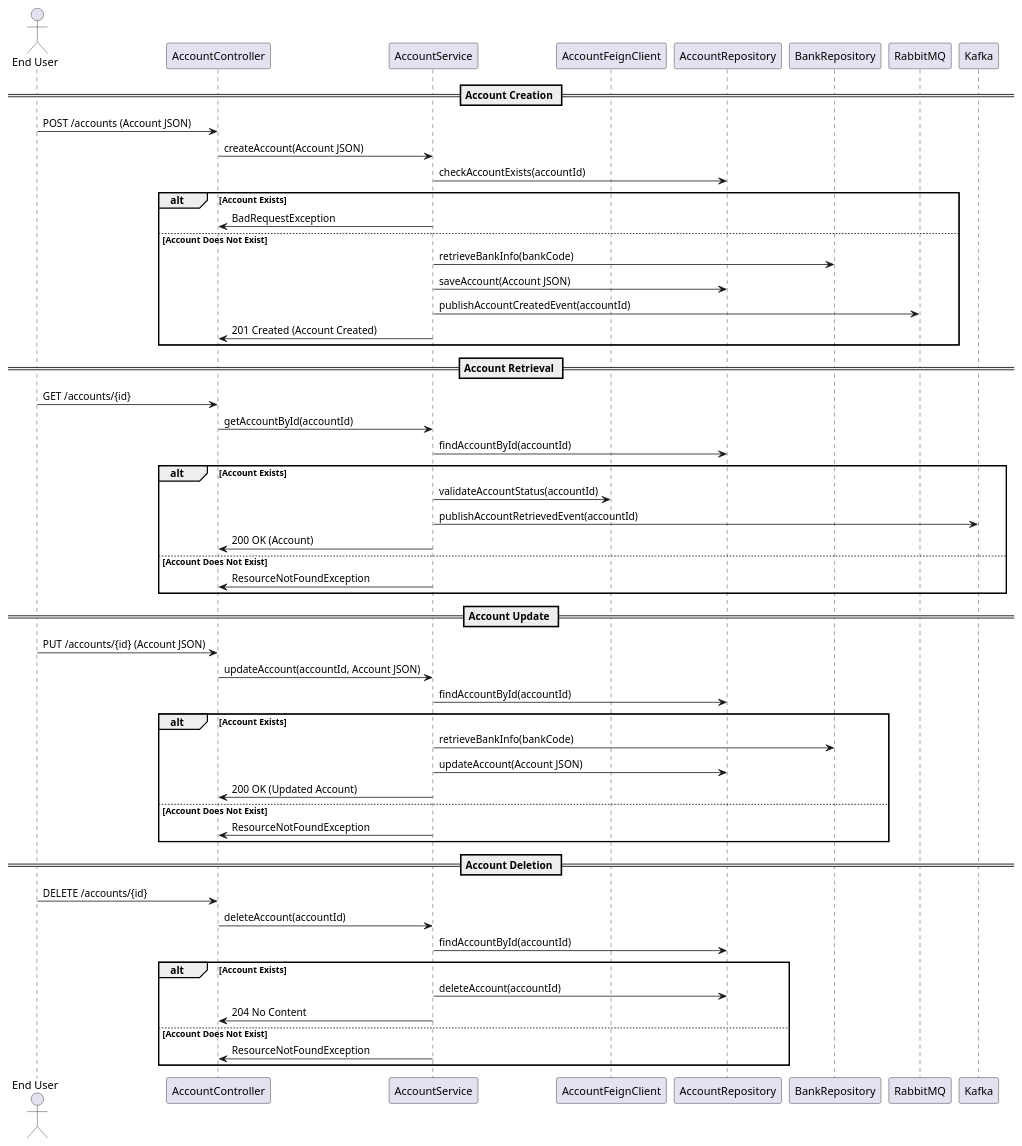
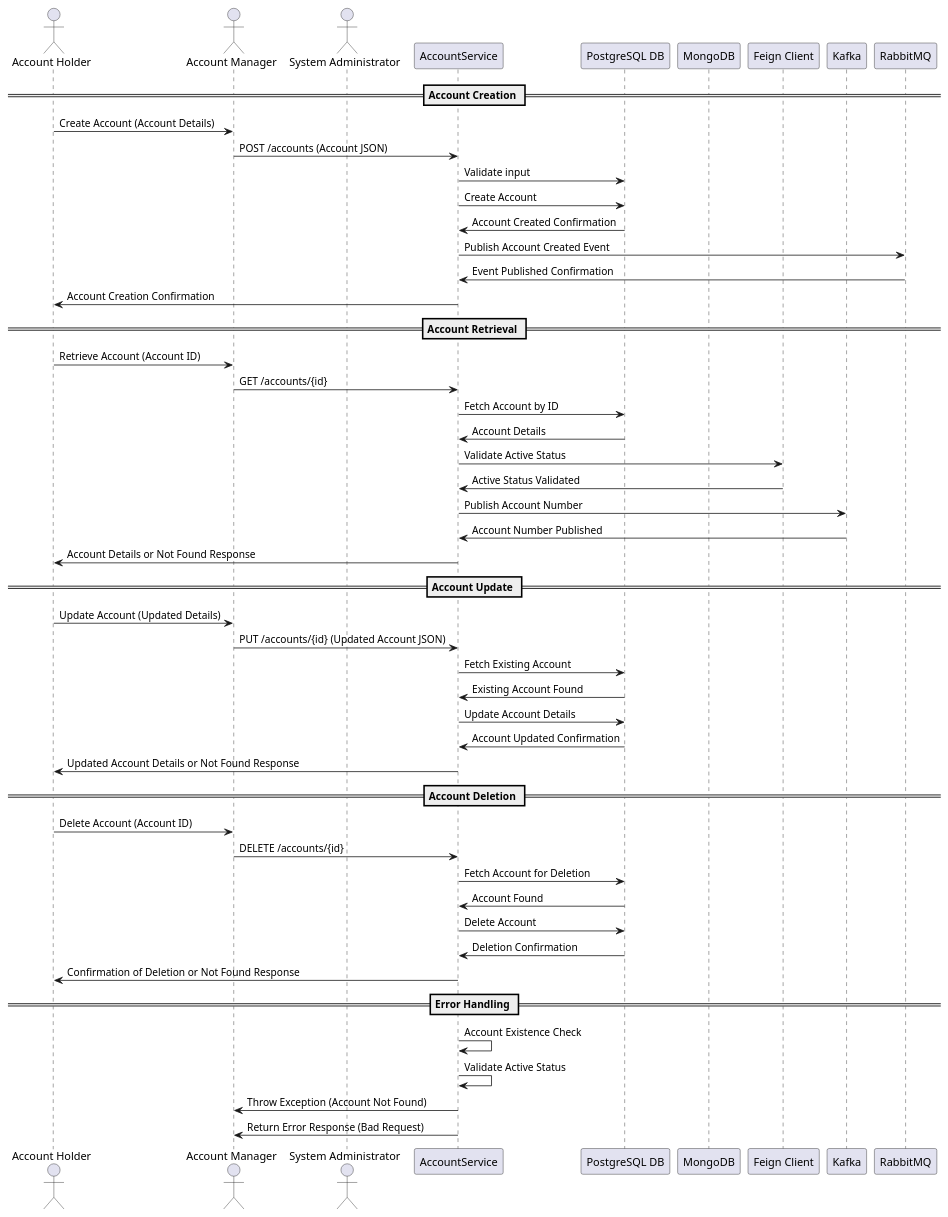
One commit to Bhaskar-Pavan/AccountService changed the diagram in design_document/Account_service.md. Above: the diagram before and after it, drawn with PlantUML. The commit also changed other lines of this file, not shown here.

````diff
--- a/design_document/Account_service.md
+++ b/design_document/Account_service.md
@@ -46,61 +38,59 @@
 ```plantuml
 @startuml
-actor "End User" as User
-participant "AccountController" as Controller
-participant "AccountService" as Service
-participant "AccountFeignClient" as FeignClient
-participant "AccountRepository" as AccountRepo
-participant "BankRepository" as BankRepo
-participant "RabbitMQ" as RabbitMQ
-participant "Kafka" as Kafka
+actor "Account Holder" as AH
+actor "Account Manager" as AM
+actor "System Administrator" as SA
+participant "AccountService" as AS
+participant "PostgreSQL DB" as PG
+participant "MongoDB" as MG
+participant "Feign Client" as FC
+participant "Kafka" as K
+participant "RabbitMQ" as RQ
 
 == Account Creation ==
-User -> Controller: POST /accounts (Account JSON)
-Controller -> Service: createAccount(Account JSON)
-Service -> AccountRepo: checkAccountExists(accountId)
-alt Account Exists
-    Service -> Controller: BadRequestException
-else Account Does Not Exist
-    Service -> BankRepo: retrieveBankInfo(bankCode)
-    Service -> AccountRepo: saveAccount(Account JSON)
-    Service -> RabbitMQ: publishAccountCreatedEvent(accountId)
-    Service -> Controller: 201 Created (Account Created)
-end
+AH -> AM : Create Account (Account Details)
+AM -> AS : POST /accounts (Account JSON)
+AS -> PG : Validate input
+AS -> PG : Create Account
+PG -> AS : Account Created Confirmation
+AS -> RQ : Publish Account Created Event
+RQ -> AS : Event Published Confirmation
+AS -> AH : Account Creation Confirmation
 
 == Account Retrieval ==
-User -> Controller: GET /accounts/{id}
-Controller -> Service: getAccountById(accountId)
-Service -> AccountRepo: findAccountById(accountId)
-alt Account Exists
-    Service -> FeignClient: validateAccountStatus(accountId)
-    Service -> Kafka: publishAccountRetrievedEvent(accountId)
-    Service -> Controller: 200 OK (Account)
-else Account Does Not Exist
-    Service -> Controller: ResourceNotFoundException
-end
+AH -> AM : Retrieve Account (Account ID)
+AM -> AS : GET /accounts/{id}
+AS -> PG : Fetch Account by ID
+PG -> AS : Account Details
+AS -> FC : Validate Active Status
+FC -> AS : Active Status Validated
+AS -> K : Publish Account Number
+K -> AS : Account Number Published
+AS -> AH : Account Details or Not Found Response
 
 == Account Update ==
-User -> Controller: PUT /accounts/{id} (Account JSON)
-Controller -> Service: updateAccount(accountId, Account JSON)
-Service -> AccountRepo: findAccountById(accountId)
-alt Account Exists
-    Service -> BankRepo: retrieveBankInfo(bankCode)
-    Service -> AccountRepo: updateAccount(Account JSON)
-    Service -> Controller: 200 OK (Updated Account)
-else Account Does Not Exist
-    Service -> Controller: ResourceNotFoundException
-end
+AH -> AM : Update Account (Updated Details)
+AM -> AS : PUT /accounts/{id} (Updated Account JSON)
+AS -> PG : Fetch Existing Account
+PG -> AS : Existing Account Found
+AS -> PG : Update Account Details
+PG -> AS : Account Updated Confirmation
+AS -> AH : Updated Account Details or Not Found Response
 
 == Account Deletion ==
-User -> Controller: DELETE /accounts/{id}
-Controller -> Service: deleteAccount(accountId)
-Service -> AccountRepo: findAccountById(accountId)
-alt Account Exists
-    Service -> AccountRepo: deleteAccount(accountId)
-    Service -> Controller: 204 No Content
-else Account Does Not Exist
-    Service -> Controller: ResourceNotFoundException
-end
+AH -> AM : Delete Account (Account ID)
+AM -> AS : DELETE /accounts/{id}
+AS -> PG : Fetch Account for Deletion
+PG -> AS : Account Found
+AS -> PG : Delete Account
+PG -> AS : Deletion Confirmation
+AS -> AH : Confirmation of Deletion or Not Found Response
+
+== Error Handling ==
+AS -> AS : Account Existence Check
+AS -> AS : Validate Active Status
+AS -> AM : Throw Exception (Account Not Found)
+AS -> AM : Return Error Response (Bad Request)
 
 @enduml
 ```
````
